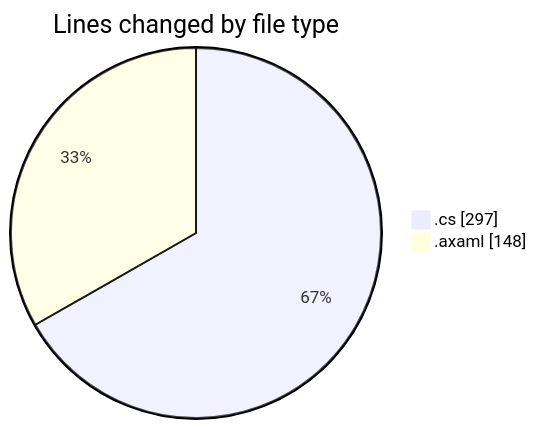
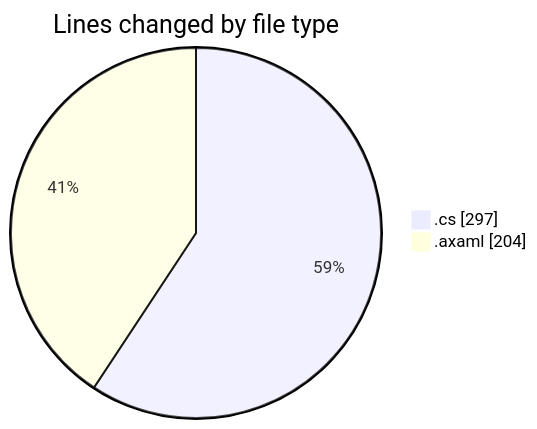
Before and after one commit to Netris89/code-tracking: the first of 2 diagrams in 2025-10-26/skintrack/README.md, drawn with Mermaid. The commit also changed other lines of this file and 1 other file, not shown here.

````diff
--- a/2025-10-26/skintrack/README.md
+++ b/2025-10-26/skintrack/README.md
@@ -29,6 +30,6 @@
 ```mermaid
 pie showData
 title Lines changed by file type
 ".cs" : 297
-".axaml" : 148
+".axaml" : 204
 ```
````
